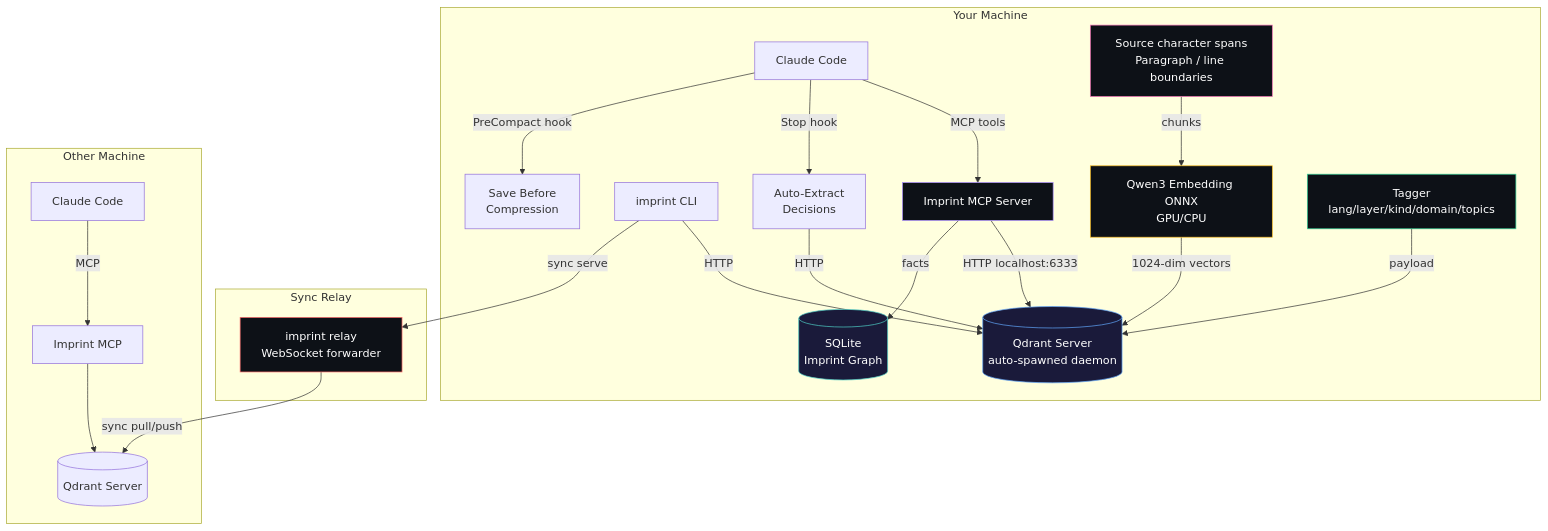
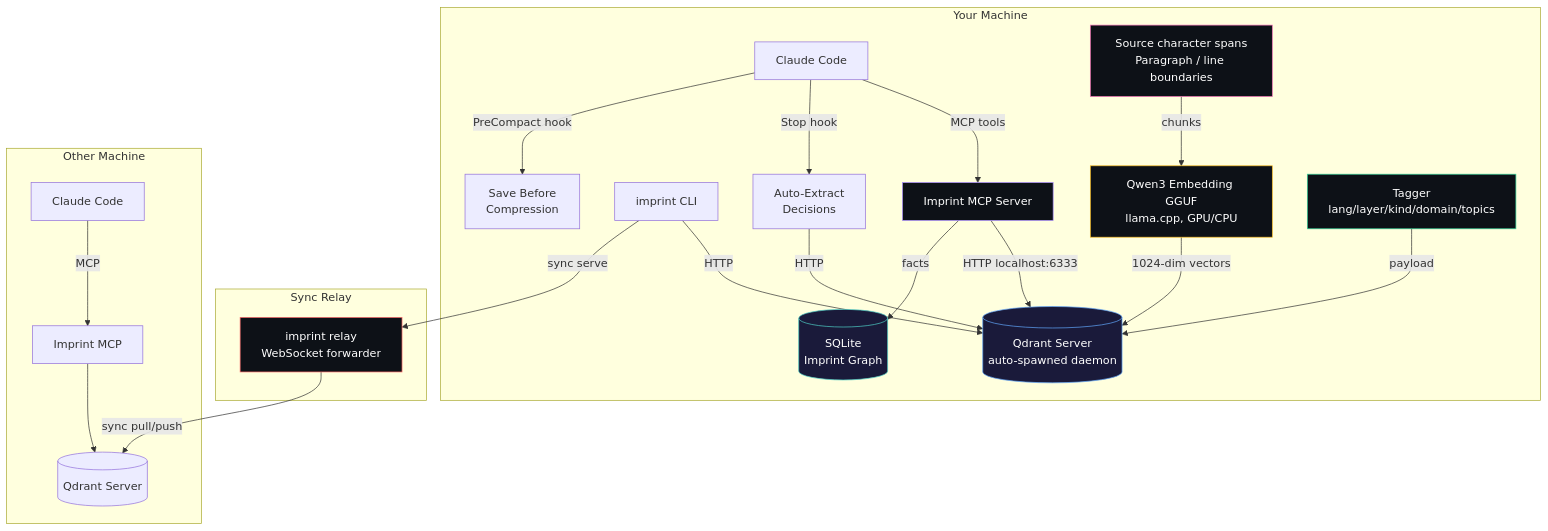
The diagram in README.md (alexandruleca/imprint-memory-layer), drawn with Mermaid before and after one commit. The commit also changed other lines of this file and 104 other files, not shown here.

````diff
--- a/README.md
+++ b/README.md
@@ -51,35 +51,35 @@
 ```mermaid
 graph TB
     subgraph "Your Machine"
         CC[Claude Code] -->|MCP tools| MCP[Imprint MCP Server]
         MCP -->|HTTP localhost:6333| QDB[(Qdrant Server<br/>auto-spawned daemon)]
         MCP -->|facts| KG[(SQLite<br/>Imprint Graph)]
         CLI[imprint CLI] -->|HTTP| QDB
         CC -->|Stop hook| EXT[Auto-Extract<br/>Decisions]
         CC -->|PreCompact hook| SAVE[Save Before<br/>Compression]
         EXT -->|HTTP| QDB
-        EMB[Qwen3 Embedding ONNX<br/>GPU/CPU] -->|1024-dim vectors| QDB
+        EMB[Qwen3 Embedding GGUF<br/>llama.cpp, GPU/CPU] -->|1024-dim vectors| QDB
         TAG[Tagger<br/>lang/layer/kind/domain/topics] -->|payload| QDB
         CHK[Source character spans<br/>Paragraph / line boundaries] -->|chunks| EMB
     end
 
     subgraph "Sync Relay"
         RELAY[imprint relay<br/>WebSocket forwarder]
     end
 
     subgraph "Other Machine"
         CC2[Claude Code] -->|MCP| MCP2[Imprint MCP]
         MCP2 --> QDB2[(Qdrant Server)]
     end
 
     CLI -->|sync serve| RELAY
     RELAY -->|sync pull/push| QDB2
 
     style QDB fill:#1a1a3a,stroke:#60a5fa,color:#fff
     style KG fill:#1a1a3a,stroke:#4ecdc4,color:#fff
     style MCP fill:#0d1117,stroke:#a78bfa,color:#fff
     style RELAY fill:#0d1117,stroke:#ff6b6b,color:#fff
     style EMB fill:#0d1117,stroke:#fbbf24,color:#fff
     style TAG fill:#0d1117,stroke:#34d399,color:#fff
     style CHK fill:#0d1117,stroke:#f472b6,color:#fff
 ```
````
